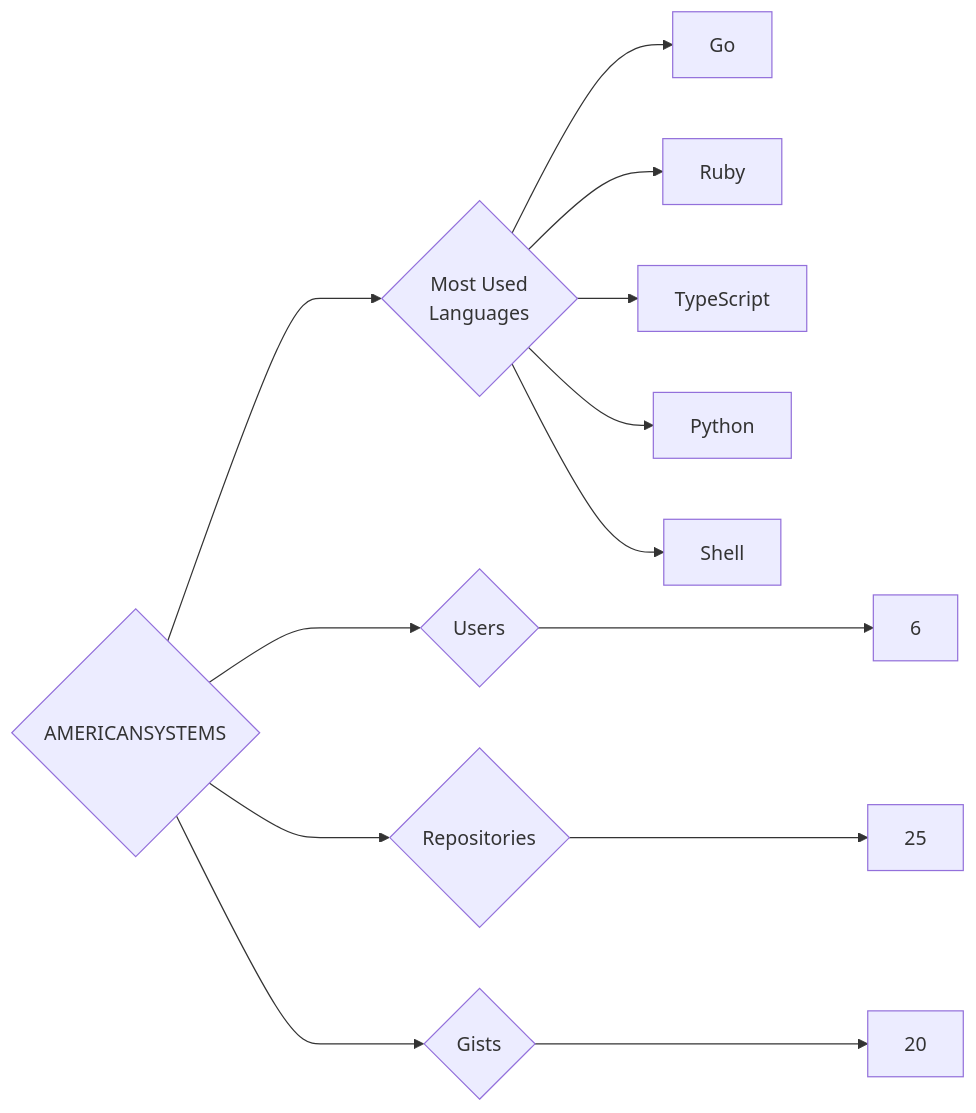
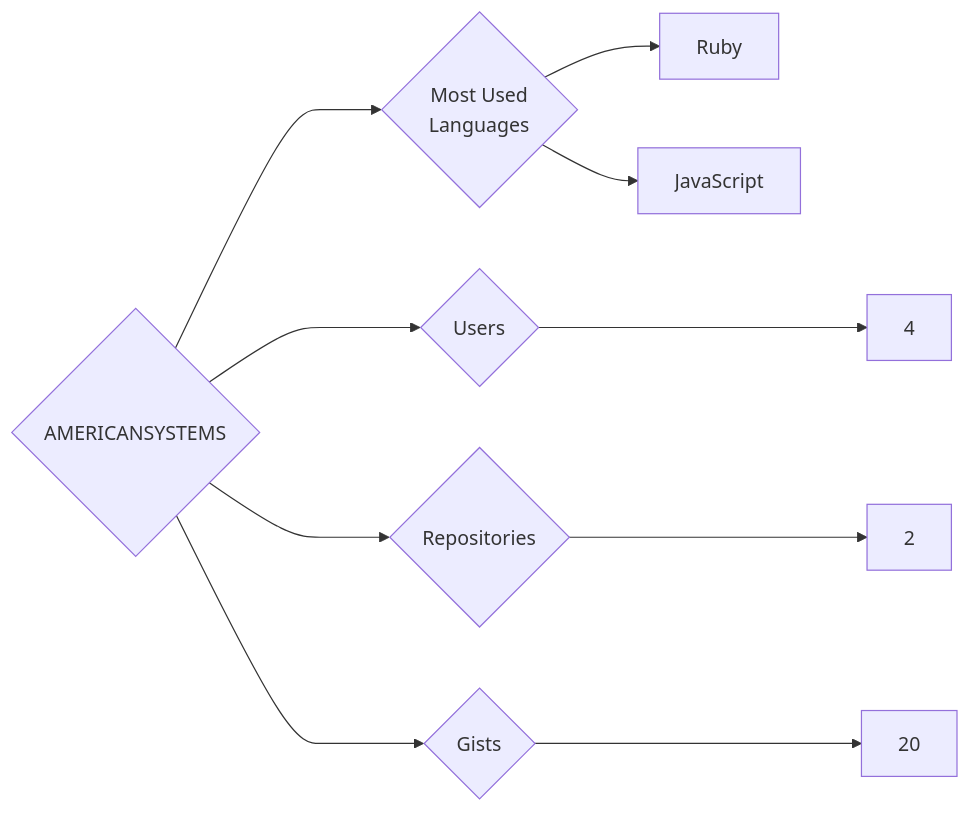
The diagram in targets/AMERICANSYSTEMS/README.md (trickest/insiders), drawn with Mermaid before and after one commit. The commit also changed 985 other files, not shown here.

````diff
--- a/targets/AMERICANSYSTEMS/README.md
+++ b/targets/AMERICANSYSTEMS/README.md
@@ -3,13 +3,10 @@
 ```mermaid
 graph LR
 COMPANY_NAME{AMERICANSYSTEMS}
-COMPANY_NAME ---> U{Users} ---> UN[6]
-COMPANY_NAME ---> R{Repositories} ---> RN[25]
+COMPANY_NAME ---> U{Users} ---> UN[4]
+COMPANY_NAME ---> R{Repositories} ---> RN[2]
 COMPANY_NAME ---> G{Gists} ---> GN[20]
 COMPANY_NAME ---> ML{Most Used<br>Languages}
-ML --> Go[Go]
 ML --> Ruby[Ruby]
-ML --> TypeScript[TypeScript]
-ML --> Python[Python]
-ML --> Shell[Shell]
+ML --> JavaScript[JavaScript]
 ```
````
